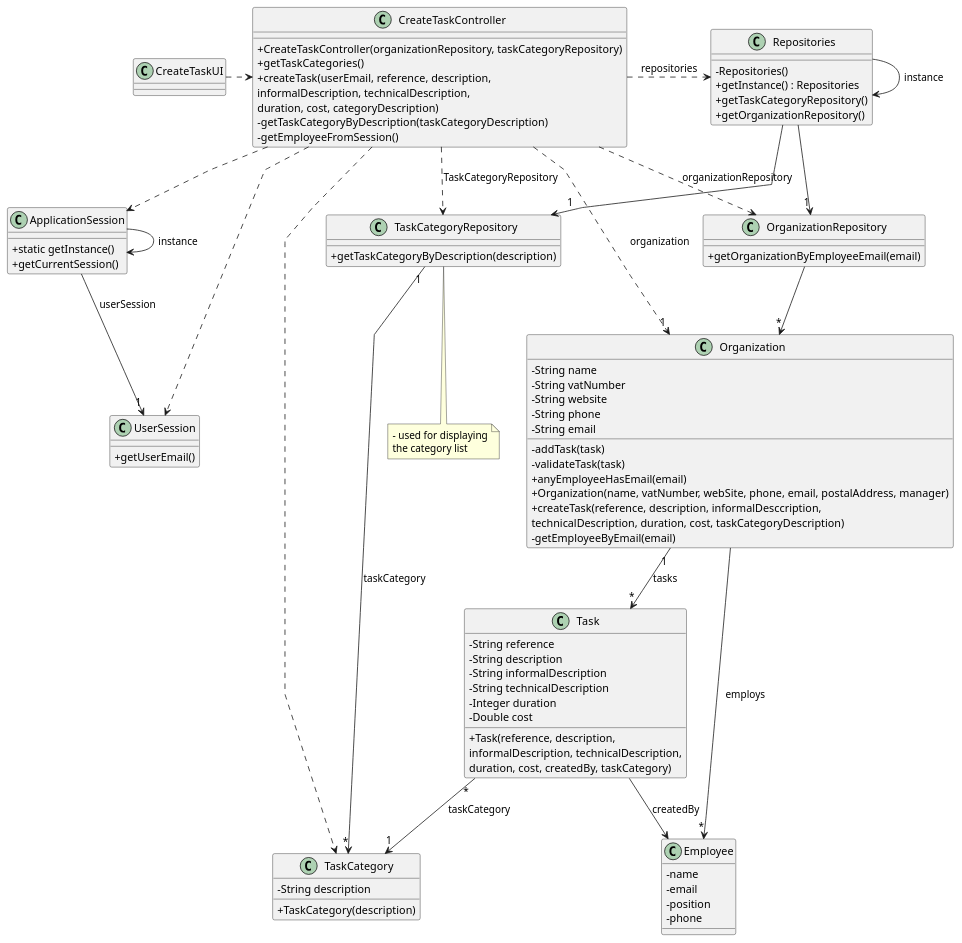
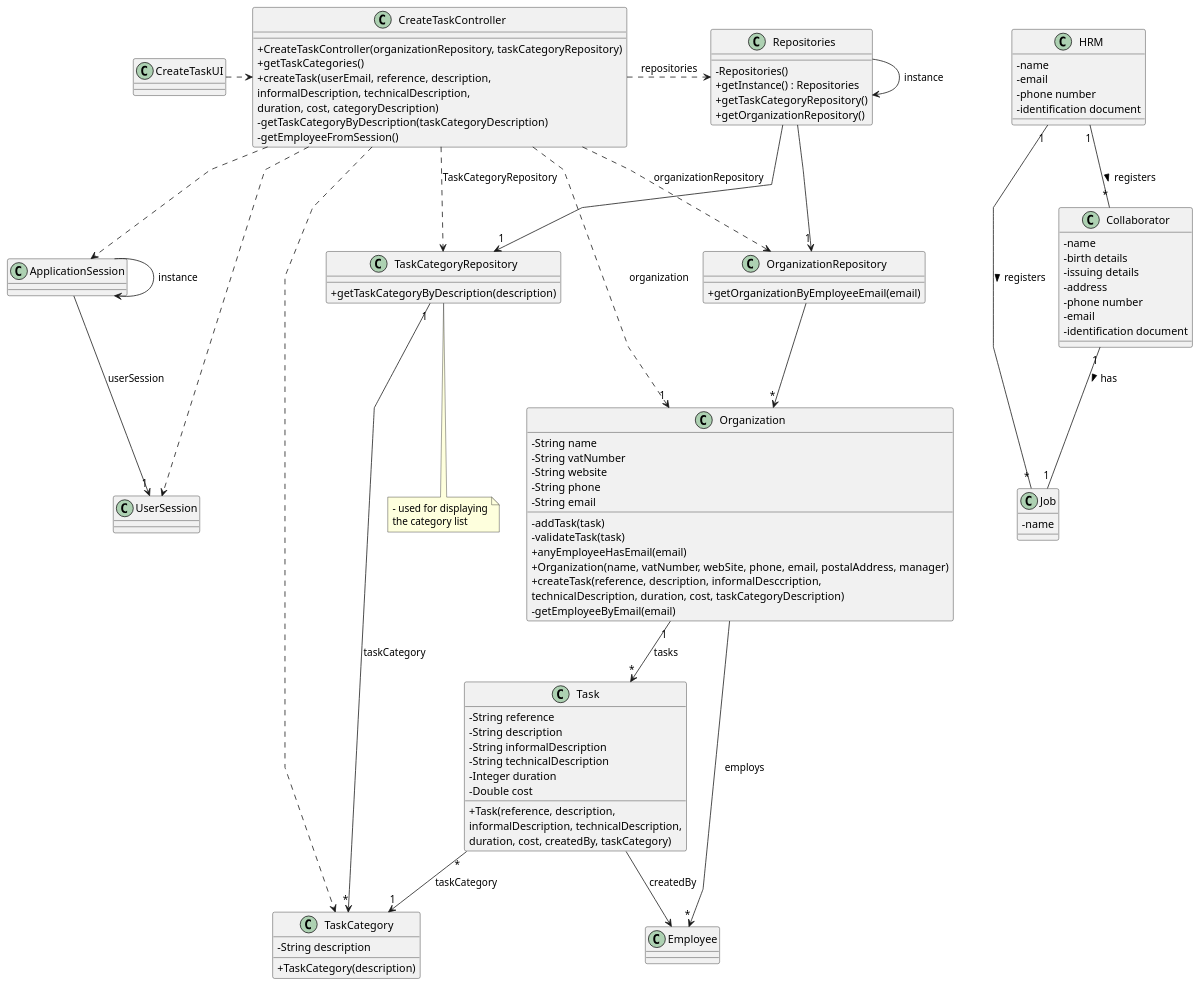
One commit to Departamento-de-Engenharia-Informatica/lei-24-s2-1dl-g121 changed the diagram in docs/sprintB/us003/03.design/puml/us003-class-diagram.puml. Above: the diagram before and after it, drawn with PlantUML. The commit also changed 1 other file, not shown here.

```diff
--- a/docs/sprintB/us003/03.design/puml/us003-class-diagram.puml
+++ b/docs/sprintB/us003/03.design/puml/us003-class-diagram.puml
@@ -1,126 +1,137 @@
 @startuml
 'skinparam monochrome true
 skinparam packageStyle rectangle
 skinparam shadowing false
 skinparam linetype polyline
 'skinparam linetype orto
 
 skinparam classAttributeIconSize 0
 
 'left to right direction
 'COLLABORATOR REPOSITORY JOB REPOSITORY
 
-class ApplicationSession
-{
-    + static getInstance()
-    + getCurrentSession()
+class HRM{
+    -name
+    -email
+    -phone number
+    -identification document
 }
 
-class UserSession
-{
-    + getUserEmail()
+
+class Job{
+    -name
 }
 
-class Employee {
-    - name
-    - email
-    - position
-    - phone
+class Collaborator{
+    -name
+    -birth details
+    -issuing details
+    -address
+    -phone number
+    -email
+    -identification document
 }
+
+
+
 
 class Task {
     - String reference
     - String description
     - String informalDescription
     - String technicalDescription
     - Integer duration
     - Double cost
 
     + Task(reference, description,\ninformalDescription, technicalDescription,\nduration, cost, createdBy, taskCategory)
 }
 
 class TaskCategory {
     - String description
 
     + TaskCategory(description)
 }
 
 class Organization {
     - String name
     - String vatNumber
     - String website
     - String phone
     - String email
 
     - addTask(task)
     - validateTask(task)
     + anyEmployeeHasEmail(email)
     + Organization(name, vatNumber, webSite, phone, email, postalAddress, manager)
     + createTask(reference, description, informalDesccription,\ntechnicalDescription, duration, cost, taskCategoryDescription)
     - getEmployeeByEmail(email)
 
 '  +saveTask(task)
 }
 
 class TaskCategoryRepository {
     + getTaskCategoryByDescription(description)
 }
 
 class OrganizationRepository {
     + getOrganizationByEmployeeEmail(email)
 }
 
 class Repositories {
     - Repositories()
     + getInstance() : Repositories
     + getTaskCategoryRepository()
     + getOrganizationRepository()
 }
 
 class CreateTaskController {
     + CreateTaskController(organizationRepository, taskCategoryRepository)
     + getTaskCategories()
     + createTask(userEmail, reference, description,\ninformalDescription, technicalDescription,\nduration, cost, categoryDescription)
     - getTaskCategoryByDescription(taskCategoryDescription)
     - getEmployeeFromSession()
 }
 
 
 
 note bottom of TaskCategoryRepository
     - used for displaying
     the category list
 end note
 
 class CreateTaskUI {
 }
 
 Repositories -> Repositories : instance
 ApplicationSession -> ApplicationSession : instance
 
+HRM "1" -- "*" Job : registers >
+HRM "1" -- "*" Collaborator : registers >
+Collaborator "1" -- "1" Job : has >
+
 CreateTaskUI .> CreateTaskController
 
 CreateTaskController .> Repositories : repositories
 
 Repositories -> "1" TaskCategoryRepository
 
 CreateTaskController ..> TaskCategory
 CreateTaskController ..> OrganizationRepository : organizationRepository
 CreateTaskController ..> TaskCategoryRepository : TaskCategoryRepository
 
 Repositories --> "1" OrganizationRepository
 
 OrganizationRepository --> "*" Organization
 ApplicationSession --> "1" UserSession : userSession
 
 CreateTaskController ..> "1" Organization : organization
 CreateTaskController ..> ApplicationSession
 CreateTaskController ..> UserSession
 Task "*" --> "1" TaskCategory : taskCategory
 TaskCategoryRepository "1" --> "*" TaskCategory : taskCategory
 Organization "1" --> "*" Task : tasks
 Task --> Employee : createdBy
 
 Organization --> "*" Employee : employs
 
 @enduml
```
